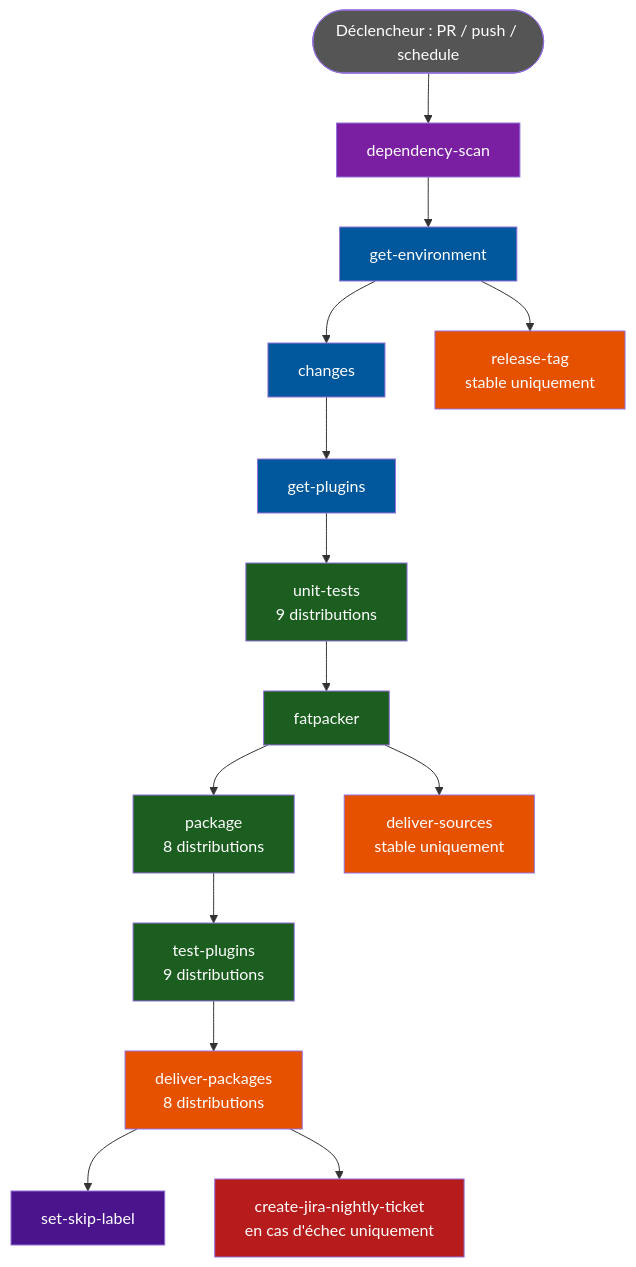
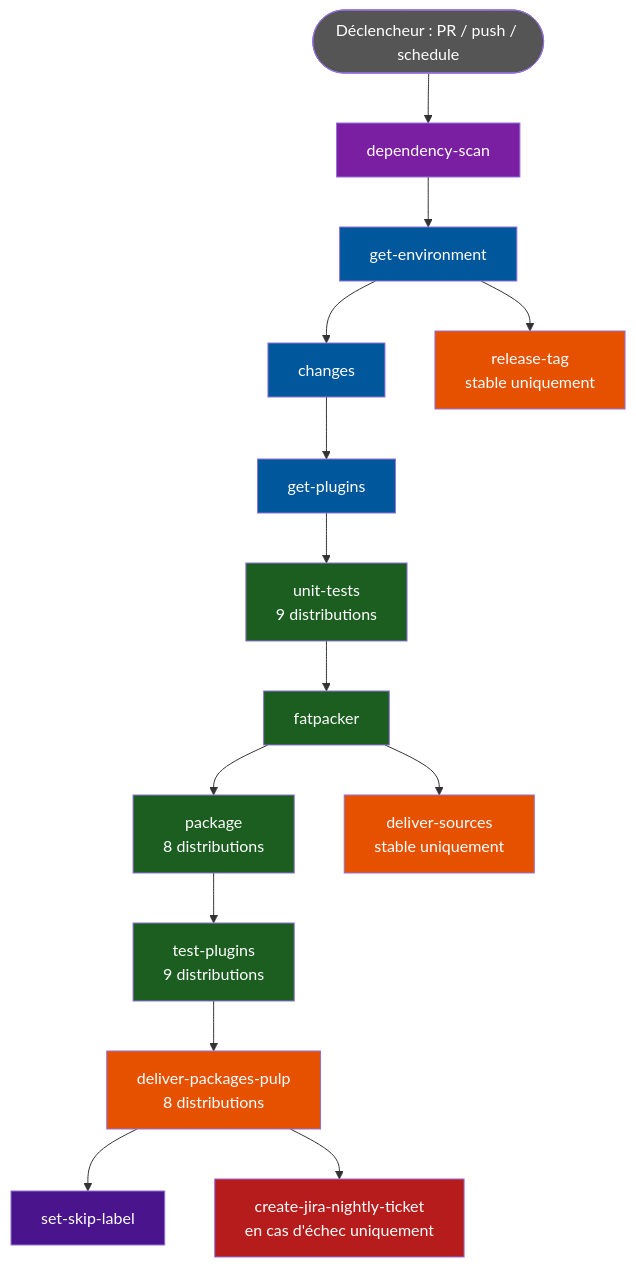
The first of 7 diagrams in doc/fr/developer/plugins-ci.md (centreon/centreon-plugins), drawn with Mermaid before and after one commit. The commit also changed other lines of this file and 21 other files, not shown here.

````diff
--- a/doc/fr/developer/plugins-ci.md
+++ b/doc/fr/developer/plugins-ci.md
@@ -7,34 +7,34 @@
 ```mermaid
 flowchart TD
     TRIGGER([Déclencheur : PR / push / schedule]) --> DEP[dependency-scan]
     DEP --> ENV[get-environment]
     ENV --> CHG[changes]
     CHG --> GETPLUGINS[get-plugins]
 
     GETPLUGINS --> UT[unit-tests\n9 distributions]
     UT --> FP[fatpacker]
     FP --> PKG[package\n8 distributions]
     PKG --> TP[test-plugins\n9 distributions]
-    TP --> DP[deliver-packages\n8 distributions]
+    TP --> DP[deliver-packages-pulp\n8 distributions]
     DP --> SKIP[set-skip-label]
 
     FP --> DS[deliver-sources\nstable uniquement]
     ENV --> RT[release-tag\nstable uniquement]
 
     DP --> JIRA[create-jira-nightly-ticket\nen cas d'échec uniquement]
 
     style TRIGGER fill:#555,color:#fff
     style DEP fill:#7b1fa2,color:#fff
     style ENV fill:#01579b,color:#fff
     style CHG fill:#01579b,color:#fff
     style GETPLUGINS fill:#01579b,color:#fff
     style UT fill:#1b5e20,color:#fff
     style FP fill:#1b5e20,color:#fff
     style PKG fill:#1b5e20,color:#fff
     style TP fill:#1b5e20,color:#fff
     style DP fill:#e65100,color:#fff
     style DS fill:#e65100,color:#fff
     style RT fill:#e65100,color:#fff
     style SKIP fill:#4a148c,color:#fff
     style JIRA fill:#b71c1c,color:#fff
 ```
````
